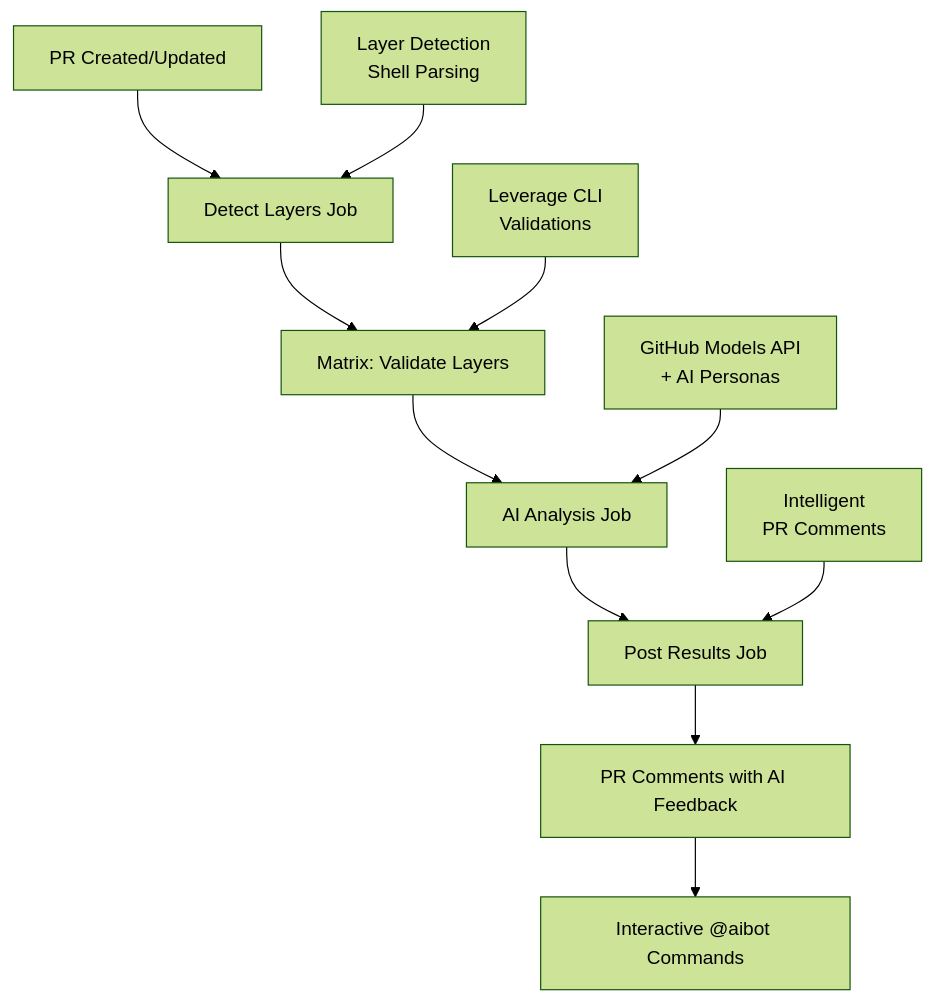
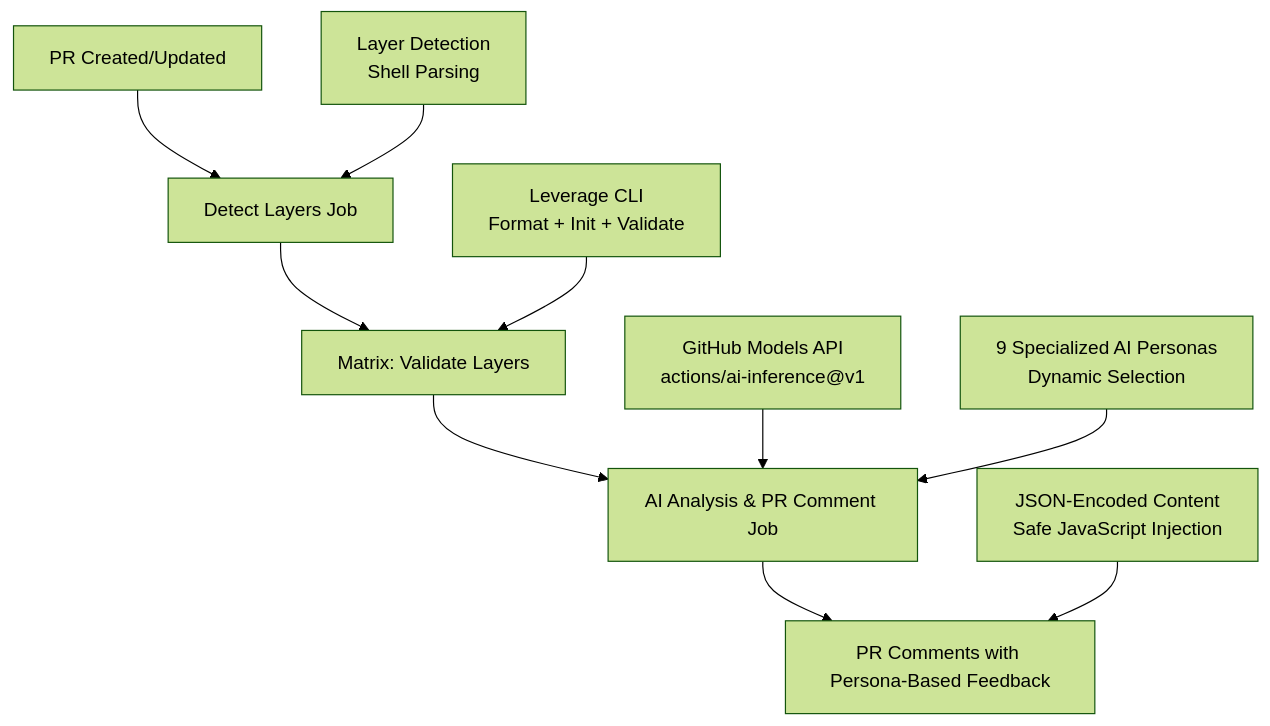
Before and after one commit to binbashar/le-tf-infra-aws: the first of 6 diagrams in docs/AI_VALIDATION_SETUP.md, drawn with Mermaid (forest theme). The commit also changed other lines of this file, not shown here.

````diff
--- a/docs/AI_VALIDATION_SETUP.md
+++ b/docs/AI_VALIDATION_SETUP.md
@@ -13,14 +15,13 @@
 ```mermaid
 graph TD
     A[PR Created/Updated] --> B[Detect Layers Job]
     B --> C[Matrix: Validate Layers]
-    C --> D[AI Analysis Job]
-    D --> E[Post Results Job]
-    E --> F[PR Comments with AI Feedback]
-    F --> G[Interactive @aibot Commands]
+    C --> D[AI Analysis & PR Comment Job]
+    D --> E[PR Comments with Persona-Based Feedback]
 
     B1[Layer Detection<br/>Shell Parsing] --> B
-    C1[Leverage CLI<br/>Validations] --> C
-    D1[GitHub Models API<br/>+ AI Personas] --> D
-    E1[Intelligent<br/>PR Comments] --> E
+    C1[Leverage CLI<br/>Format + Init + Validate] --> C
+    D1[GitHub Models API<br/>actions/ai-inference@v1] --> D
+    D2[9 Specialized AI Personas<br/>Dynamic Selection] --> D
+    E1[JSON-Encoded Content<br/>Safe JavaScript Injection] --> E
 ```
````
